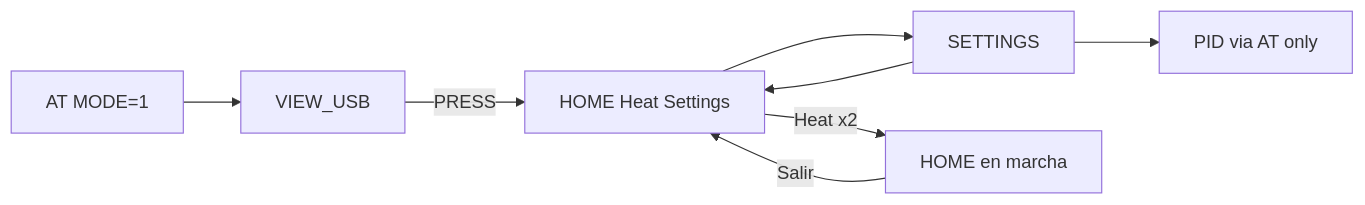
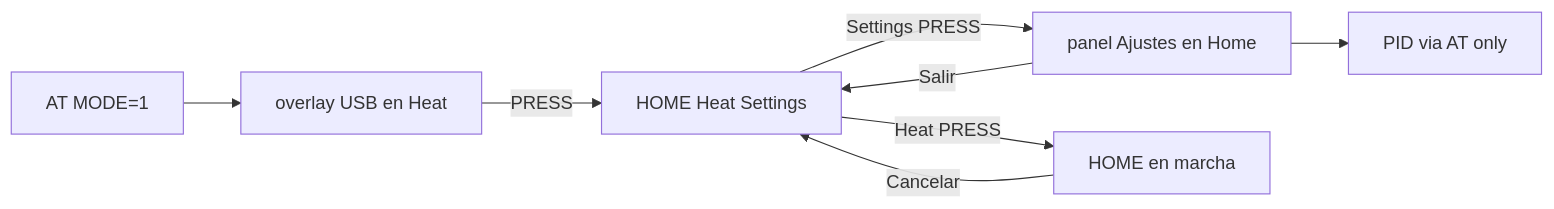
Before and after one commit to krisskira/smd-soldering-hotplate: the second of 3 diagrams in doc/architecture.md, drawn with Mermaid. The commit also changed other lines of this file and 28 other files, not shown here.

First line of the commit message:
refactor: remove settings view and update UI components for streamlined navigation

````diff
--- a/doc/architecture.md
+++ b/doc/architecture.md
@@ -70,15 +70,15 @@
 ```mermaid
 flowchart LR
   home["HOME Heat Settings"]
-  set["SETTINGS"]
+  set["panel Ajustes en Home"]
   pid["PID via AT only"]
   run["HOME en marcha"]
-  usb["VIEW_USB"]
-  home -->|Heat x2| run
-  home --> set
+  usb["overlay USB en Heat"]
+  home -->|Heat PRESS| run
+  home -->|Settings PRESS| set
+  set -->|Salir| home
   set --> pid
-  set --> home
-  run -->|Salir| home
+  run -->|Cancelar| home
   atUsb["AT MODE=1"] --> usb
   usb -->|PRESS| home
 ```
````
